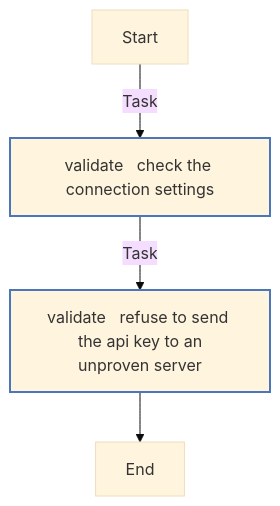
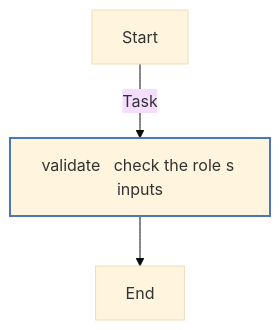
Before and after one commit to kawadeomkar/homeserver: the fifth of 5 diagrams in roles/opnsense/REFERENCE.md, drawn with Mermaid (base theme). The commit also changed other lines of this file and 33 other files, not shown here.

````diff
--- a/roles/opnsense/REFERENCE.md
+++ b/roles/opnsense/REFERENCE.md
@@ -214,16 +430,15 @@
 ```mermaid
 flowchart TD
 Start
 classDef block stroke:#3498db,stroke-width:2px;
 classDef task stroke:#4b76bb,stroke-width:2px;
 classDef includeTasks stroke:#16a085,stroke-width:2px;
 classDef importTasks stroke:#34495e,stroke-width:2px;
 classDef includeRole stroke:#2980b9,stroke-width:2px;
 classDef importRole stroke:#699ba7,stroke-width:2px;
 classDef includeVars stroke:#8e44ad,stroke-width:2px;
 classDef rescue stroke:#665352,stroke-width:2px;
 
-  Start-->|Task| validate___Check_the_connection_settings0[validate   check the connection settings]:::task
-  validate___Check_the_connection_settings0-->|Task| validate___Refuse_to_send_the_API_key_to_an_unproven_server1[validate   refuse to send the api key to an<br>unproven server]:::task
-  validate___Refuse_to_send_the_API_key_to_an_unproven_server1-->End
+  Start-->|Task| validate___Check_the_role_s_inputs0[validate   check the role s inputs]:::task
+  validate___Check_the_role_s_inputs0-->End
 ```
````
